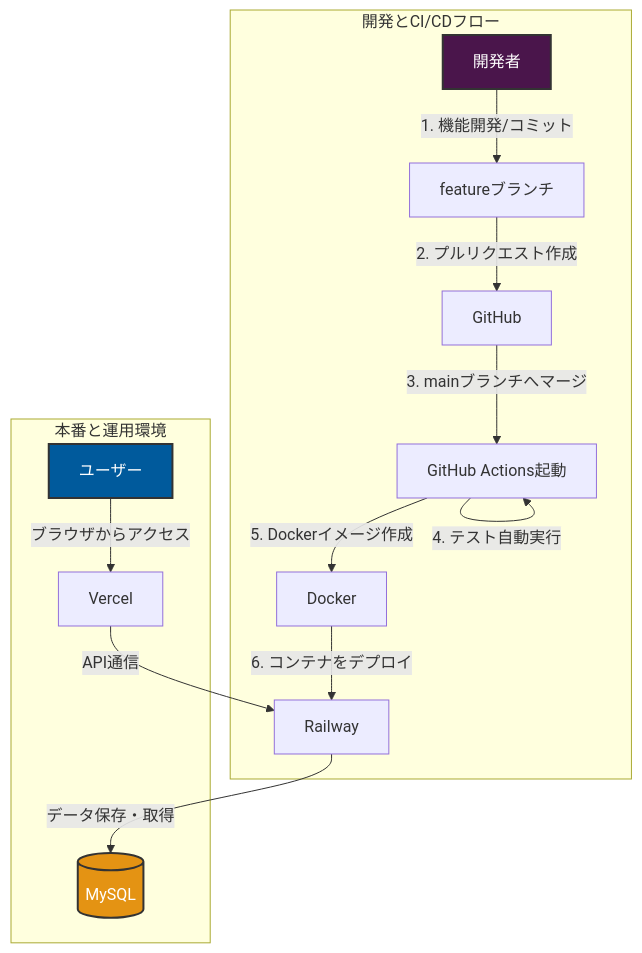
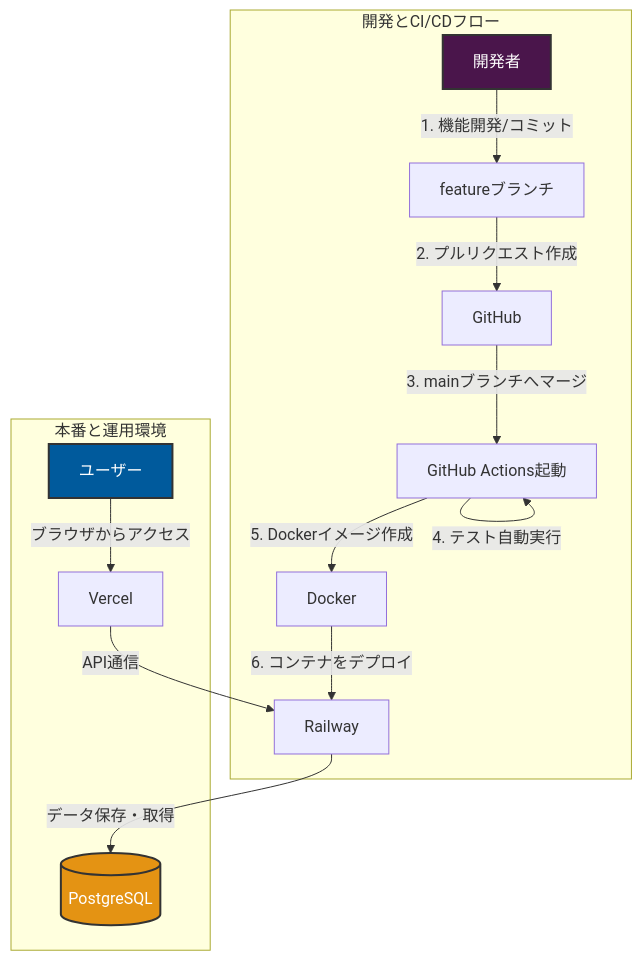
The diagram in README.md (masa2401/FullStack-CreateSkillSheet), drawn with Mermaid before and after one commit. The commit also changed other lines of this file and 9 other files, not shown here.

````diff
--- a/README.md
+++ b/README.md
@@ -21,25 +21,25 @@
 ```mermaid
 graph TD
     %% 開発とCI/CDの流れ
     subgraph CICDflow [開発とCI/CDフロー]
         Developer[開発者] -->|1. 機能開発/コミット| FeatureBranch[featureブランチ]
         FeatureBranch -->|2. プルリクエスト作成| GitHub[GitHub]
         GitHub -->|3. mainブランチへマージ| GHA[GitHub Actions起動]
         GHA -->|4. テスト自動実行| GHA
         GHA -->|5. Dockerイメージ作成| Docker[Docker]
         Docker -->|6. コンテナをデプロイ| Railway[Railway]
     end
 
     %% 本番環境とユーザーの流れ
     subgraph ProductionEnv [本番と運用環境]
         User[ユーザー] -->|ブラウザからアクセス| Vercel[Vercel]
         Vercel -->|API通信| Railway[Railway]
-        Railway -->|データ保存・取得| MySQL[(MySQL)]
+        Railway -->|データ保存・取得| PostgreSQL[(PostgreSQL)]
     end
 
     %% スタイルの微調整
     style Developer fill:#4A154B,stroke:#333,stroke-width:2px,color:#fff
     style User fill:#005A9C,stroke:#333,stroke-width:2px,color:#fff
-    style MySQL fill:#E49313,stroke:#333,stroke-width:2px,color:#fff
+    style PostgreSQL fill:#E49313,stroke:#333,stroke-width:2px,color:#fff
 
 ```
````
